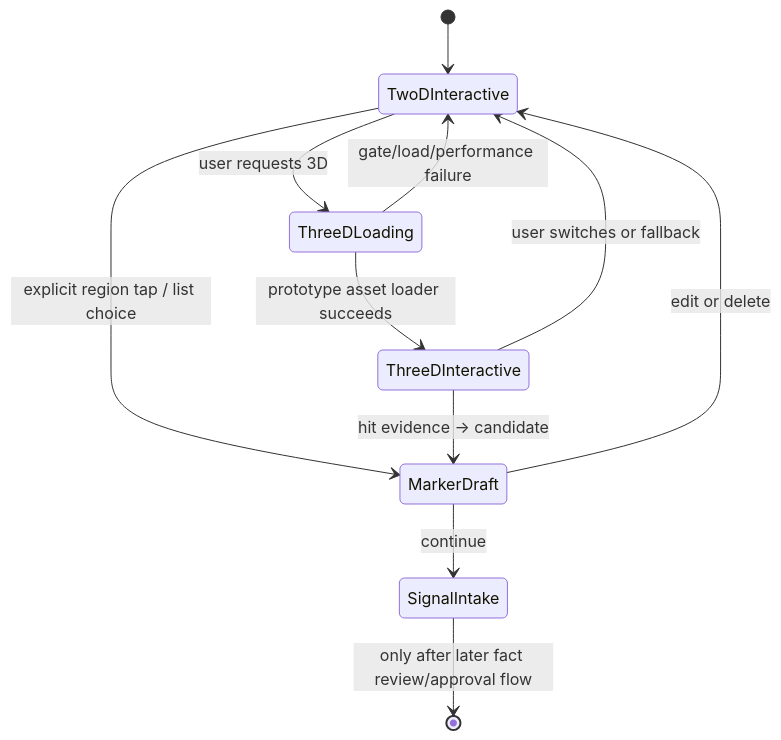
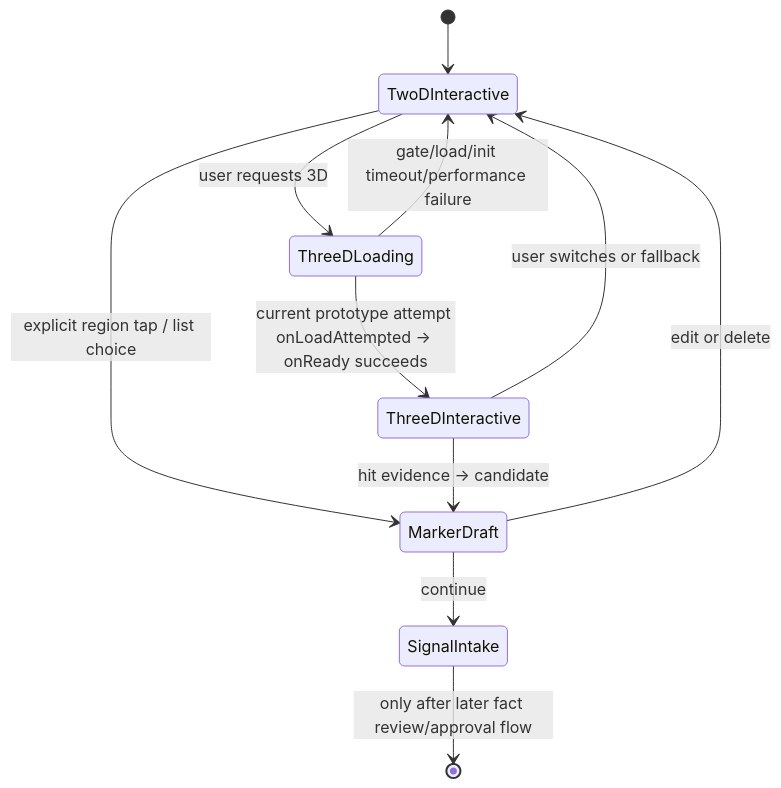
The diagram in docs/19_BODY_MAP_PRODUCTION_SLICE.md (liudejua27-blip/doctor), drawn with Mermaid before and after one commit. The commit also changed other lines of this file and 16 other files, not shown here.

````diff
--- a/docs/19_BODY_MAP_PRODUCTION_SLICE.md
+++ b/docs/19_BODY_MAP_PRODUCTION_SLICE.md
@@ -61,13 +61,13 @@
 ```mermaid
 stateDiagram-v2
     [*] --> TwoDInteractive
     TwoDInteractive --> MarkerDraft: explicit region tap / list choice
     MarkerDraft --> TwoDInteractive: edit or delete
     TwoDInteractive --> ThreeDLoading: user requests 3D
-    ThreeDLoading --> ThreeDInteractive: prototype asset loader succeeds
-    ThreeDLoading --> TwoDInteractive: gate/load/performance failure
+    ThreeDLoading --> ThreeDInteractive: current prototype attempt onLoadAttempted -> onReady succeeds
+    ThreeDLoading --> TwoDInteractive: gate/load/init timeout/performance failure
     ThreeDInteractive --> MarkerDraft: hit evidence -> candidate
     ThreeDInteractive --> TwoDInteractive: user switches or fallback
     MarkerDraft --> SignalIntake: continue
     SignalIntake --> [*]: only after later fact review/approval flow
 ```
````
